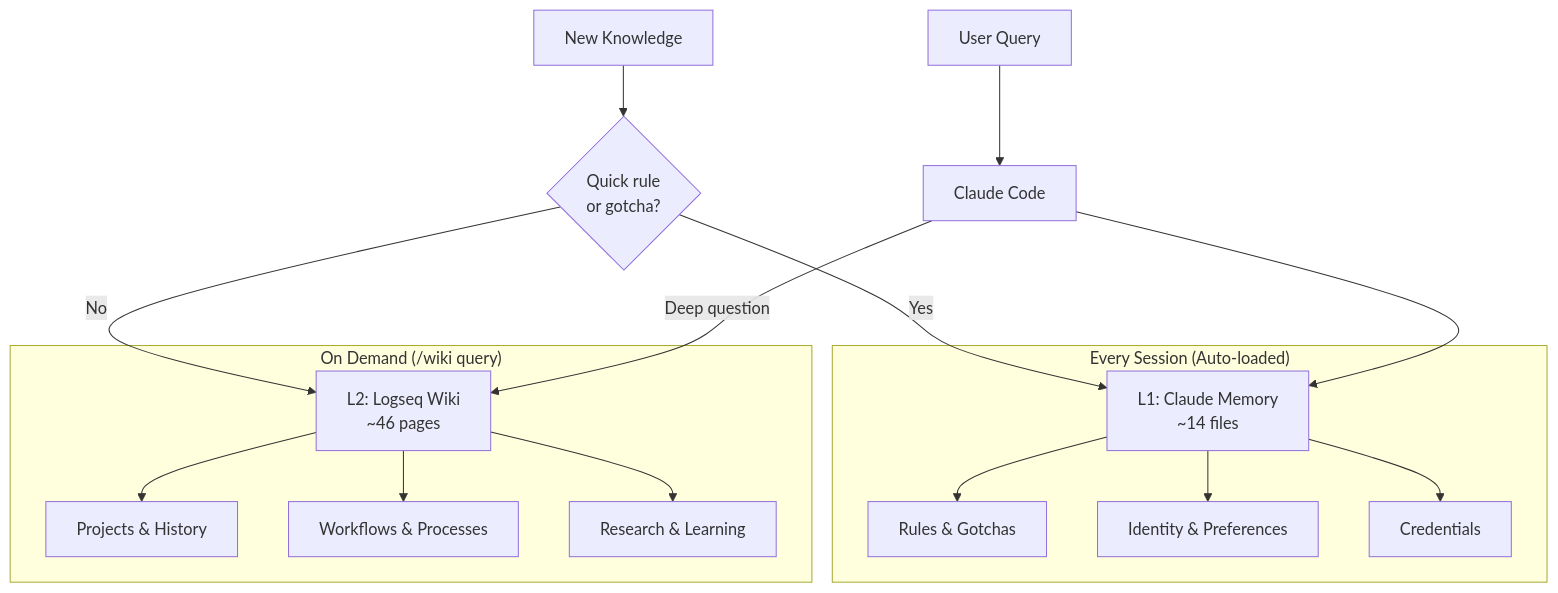
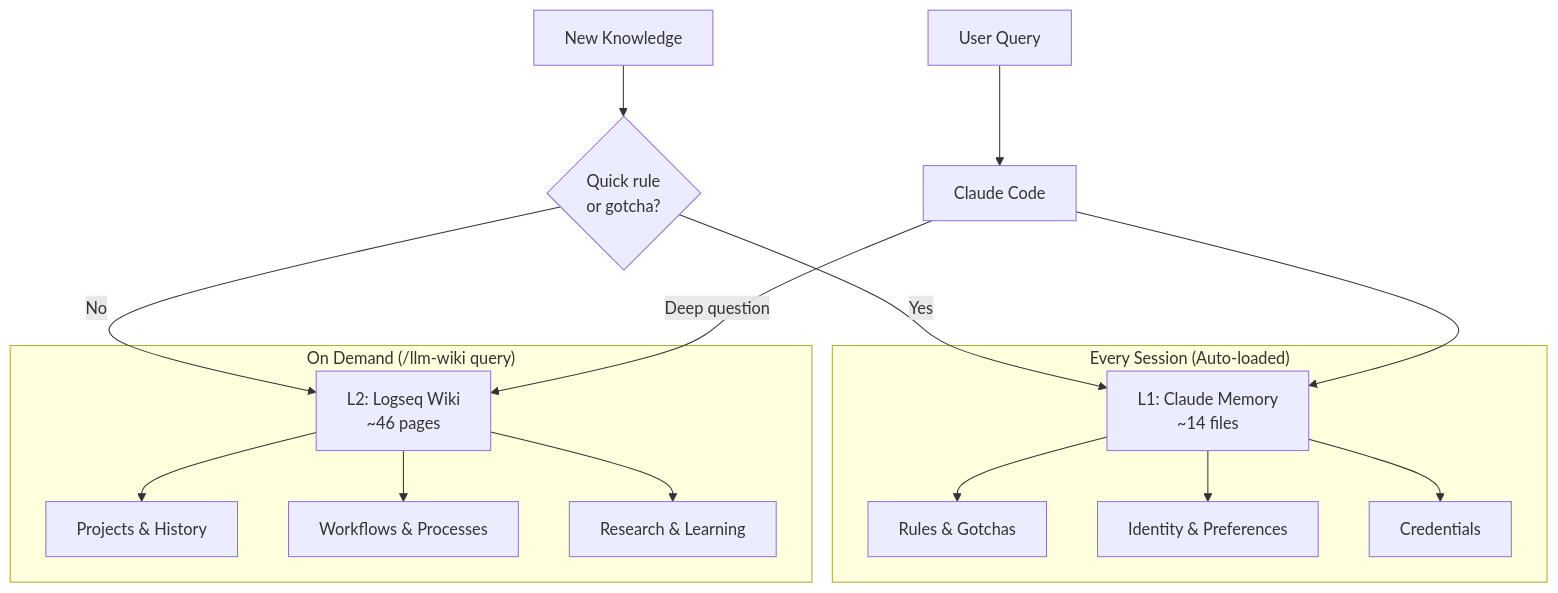
Before and after one commit to MehmetGoekce/llm-wiki: the diagram in diagrams/l1-l2-architecture.mmd, drawn with Mermaid. The commit also changed 29 other files, not shown here.

First line of the commit message:
docs: write /llm-wiki <command> in README, docs, specs and templates; changelog for v1.7.0

```diff
--- a/diagrams/l1-l2-architecture.mmd
+++ b/diagrams/l1-l2-architecture.mmd
@@ -1,28 +1,28 @@
 graph TB
     subgraph "Every Session (Auto-loaded)"
         L1[L1: Claude Memory<br/>~14 files]
         L1R[Rules & Gotchas]
         L1I[Identity & Preferences]
         L1C[Credentials]
         L1 --> L1R
         L1 --> L1I
         L1 --> L1C
     end
 
-    subgraph "On Demand (/wiki query)"
+    subgraph "On Demand (/llm-wiki query)"
         L2[L2: Logseq Wiki<br/>~46 pages]
         L2P[Projects & History]
         L2W[Workflows & Processes]
         L2K[Research & Learning]
         L2 --> L2P
         L2 --> L2W
         L2 --> L2K
     end
 
     NEW[New Knowledge] --> ROUTE{Quick rule<br/>or gotcha?}
     ROUTE -->|Yes| L1
     ROUTE -->|No| L2
 
     USER[User Query] --> CLAUDE[Claude Code]
     CLAUDE --> L1
     CLAUDE -->|Deep question| L2
```
